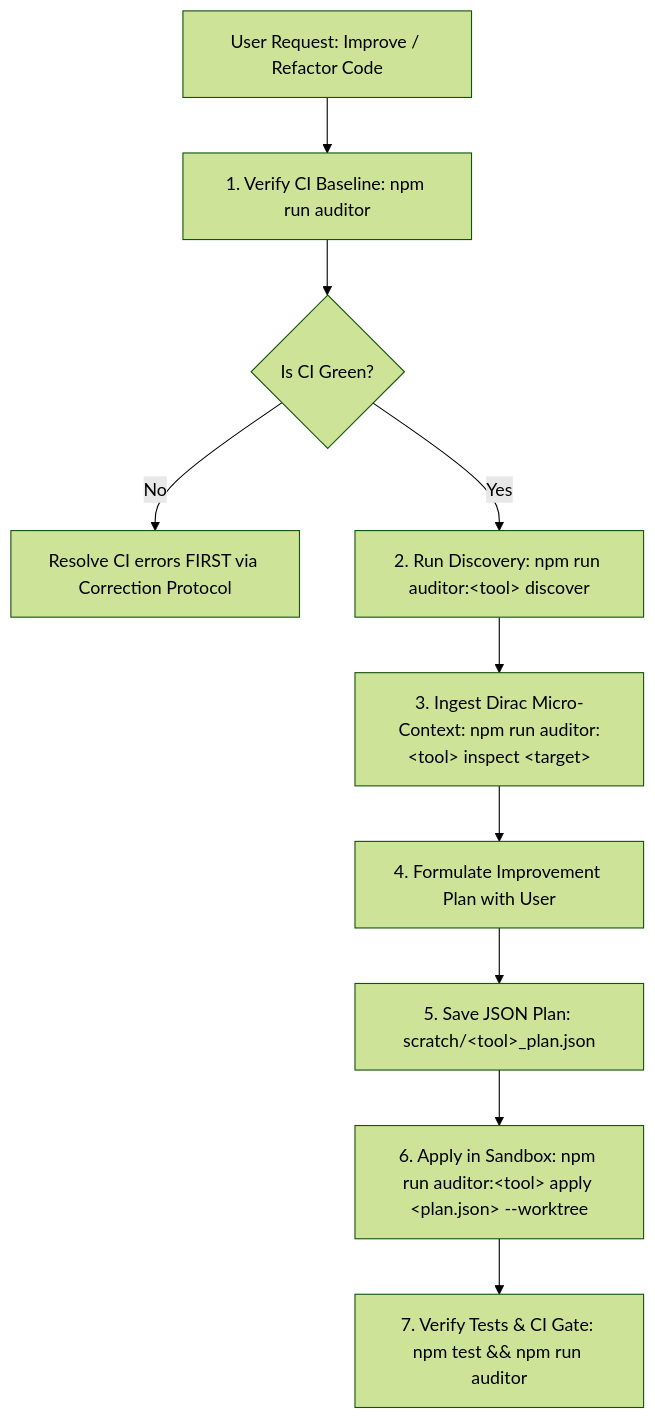
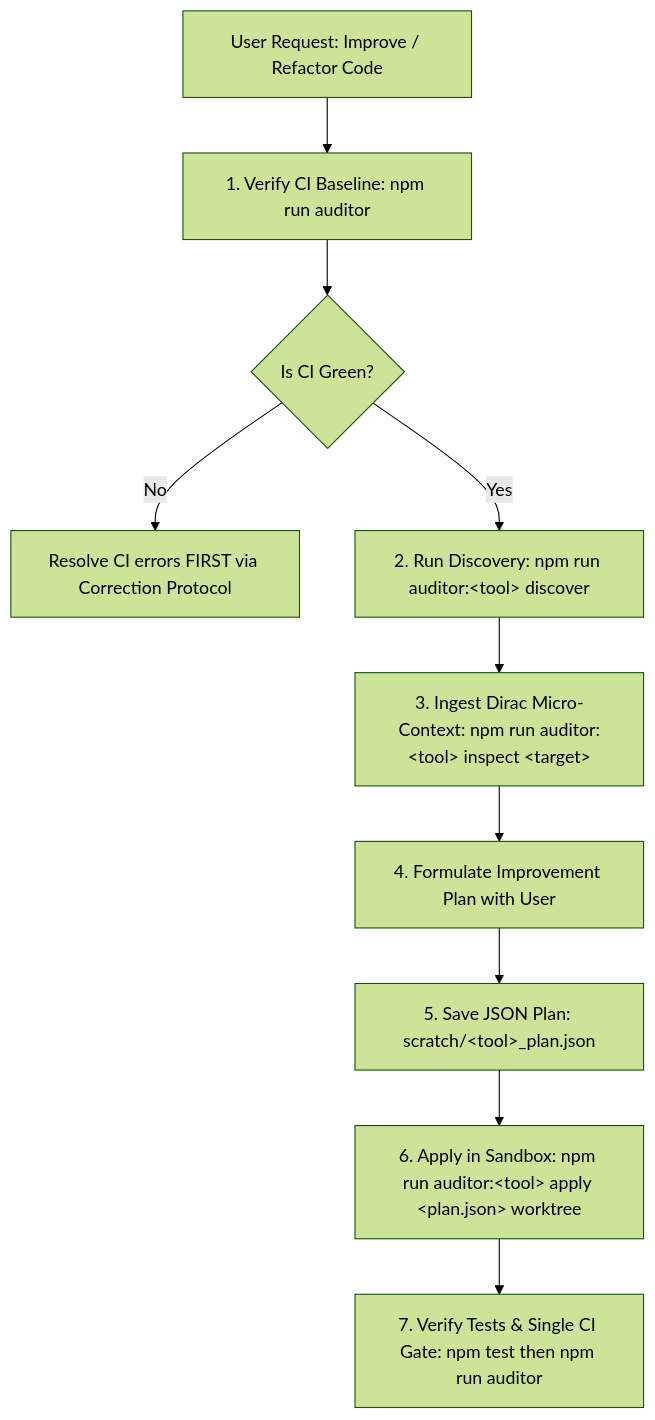
The third of 3 diagrams in .agents/skills/auditor/references/quality-gates-vs-refactor-engines.md (francogp/auditor), drawn with Mermaid (forest theme) before and after one commit. The commit also changed other lines of this file and 101 other files, not shown here.

First line of the commit message:
fix: modernize owned agent skills, DOX hierarchy, and CLI execution flows (v10.12.5)

````diff
--- a/.agents/skills/auditor/references/quality-gates-vs-refactor-engines.md
+++ b/.agents/skills/auditor/references/quality-gates-vs-refactor-engines.md
@@ -105,12 +105,12 @@
 ```mermaid
 flowchart TD
     R["User Request: Improve / Refactor Code"] --> C["1. Verify CI Baseline: npm run auditor"]
     C --> D{"Is CI Green?"}
     D -- No --> Fix["Resolve CI errors FIRST via Correction Protocol"]
     D -- Yes --> Disc["2. Run Discovery: npm run auditor:&lt;tool&gt; discover"]
     Disc --> Insp["3. Ingest Dirac Micro-Context: npm run auditor:&lt;tool&gt; inspect &lt;target&gt;"]
     Insp --> Plan["4. Formulate Improvement Plan with User"]
     Plan --> Save["5. Save JSON Plan: scratch/&lt;tool&gt;_plan.json"]
-    Save --> Worktree["6. Apply in Sandbox: npm run auditor:&lt;tool&gt; apply &lt;plan.json&gt; --worktree"]
-    Worktree --> Verify["7. Verify Tests &amp; CI Gate: npm test &amp;&amp; npm run auditor"]
+    Save --> Worktree["6. Apply in Sandbox: npm run auditor:&lt;tool&gt; apply &lt;plan.json&gt; worktree"]
+    Worktree --> Verify["7. Verify Tests &amp; Single CI Gate: npm test then npm run auditor"]
 ```
````
